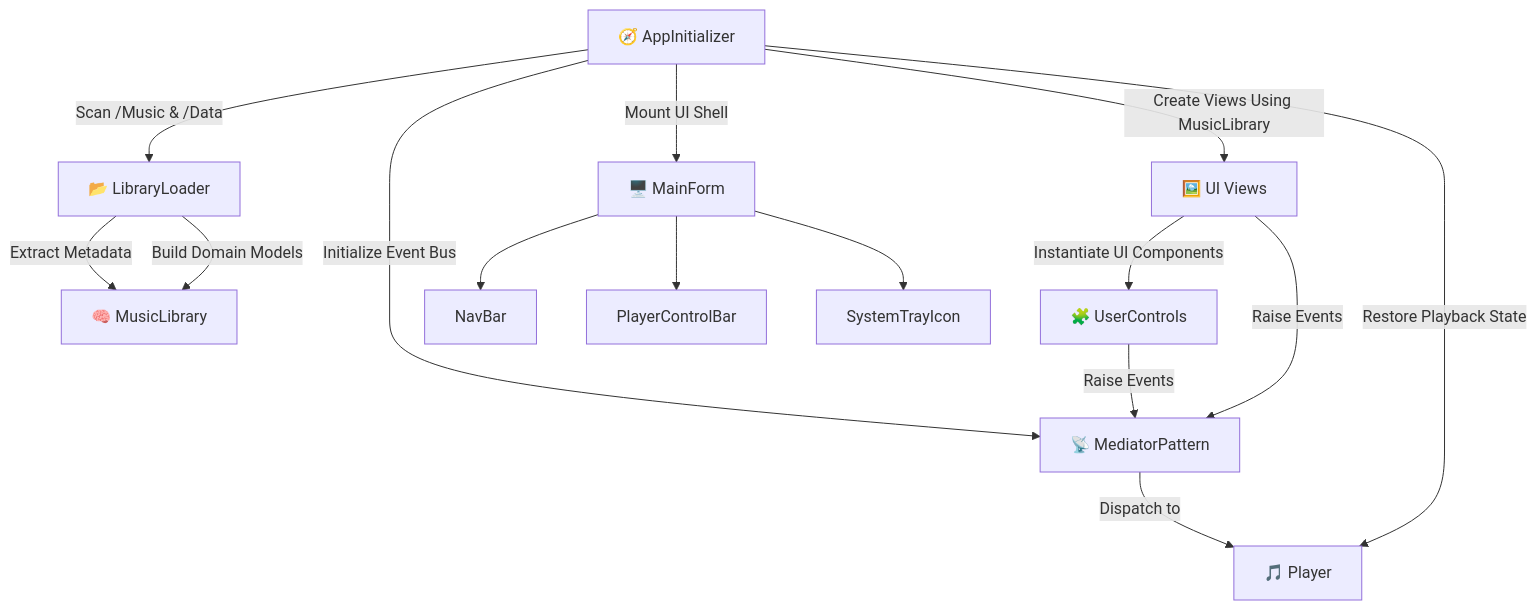
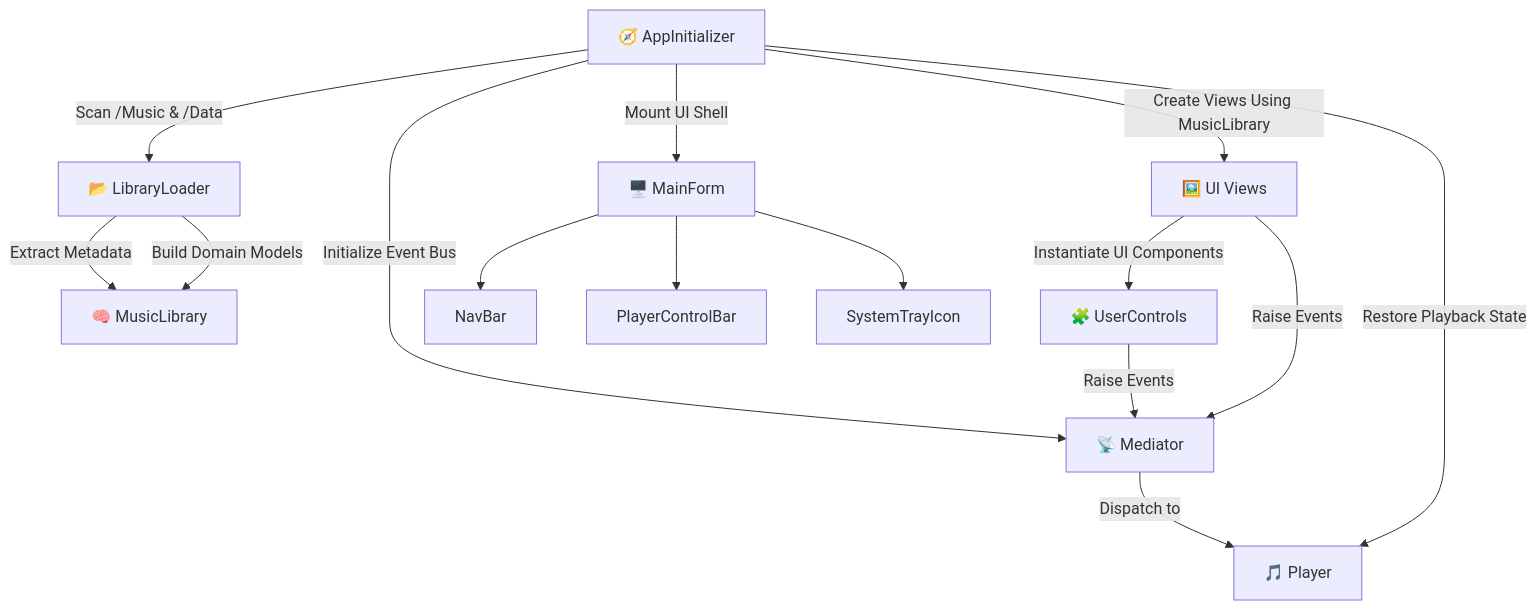
Before and after one commit to AlexPlec/Audio-256: the second of 2 diagrams in docs/components.md, drawn with Mermaid. The commit also changed other lines of this file and 1 other file, not shown here.

First line of the commit message:
Rename MediatorPattern references to Mediator in docs

````diff
--- a/docs/components.md
+++ b/docs/components.md
@@ -179,17 +179,17 @@
 ```mermaid
 graph TD
     AppInitializer["🧭 AppInitializer"] -->|Scan /Music & /Data| LibraryLoader["📂 LibraryLoader"]
     LibraryLoader -->|Extract Metadata| MusicLibrary["🧠 MusicLibrary"]
     LibraryLoader -->|Build Domain Models| MusicLibrary
     AppInitializer -->|Create Views Using MusicLibrary| Views["🖼️ UI Views"]
-    AppInitializer -->|Initialize Event Bus| Mediator["📡 MediatorPattern"]
+    AppInitializer -->|Initialize Event Bus| Mediator["📡 Mediator"]
     Views -->|Instantiate UI Components| UserControls["🧩 UserControls"]
     UserControls -->|Raise Events| Mediator
     Views -->|Raise Events| Mediator
     Mediator -->|Dispatch to| Player["🎵 Player"]
     AppInitializer -->|Restore Playback State| Player
     AppInitializer -->|Mount UI Shell| MainForm["🖥️ MainForm"]
     MainForm --> NavBar
     MainForm --> PlayerControlBar
     MainForm --> SystemTrayIcon
 ```
````
